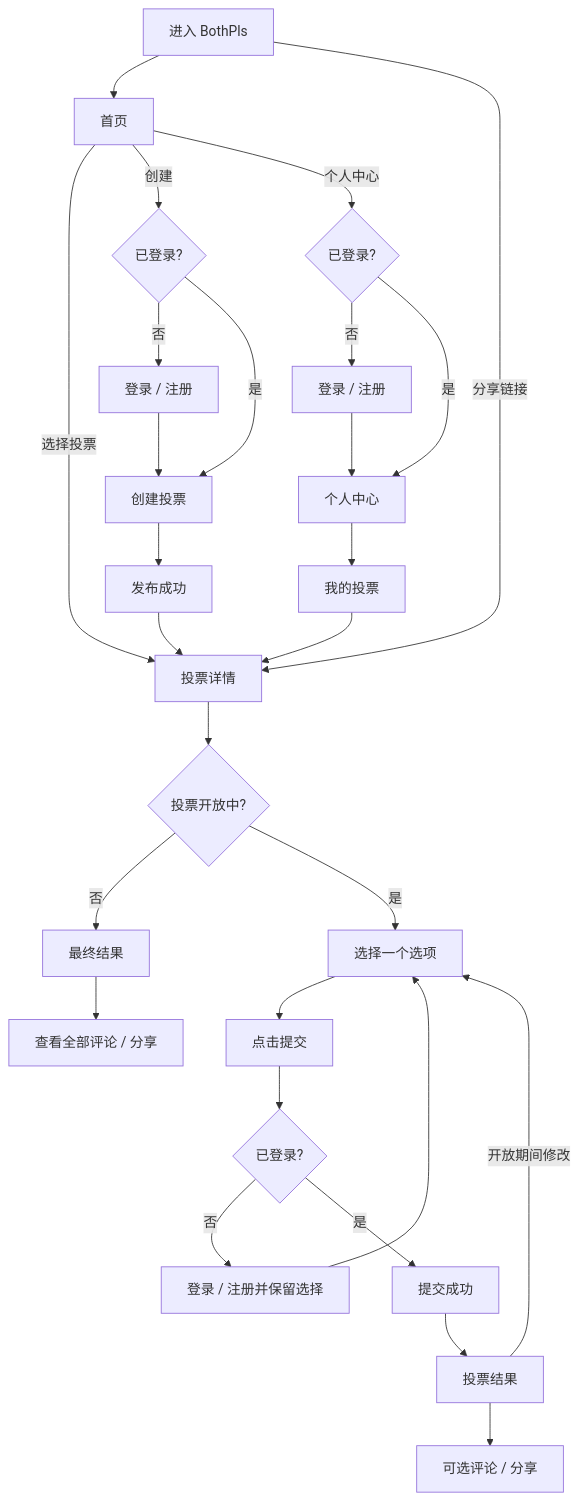
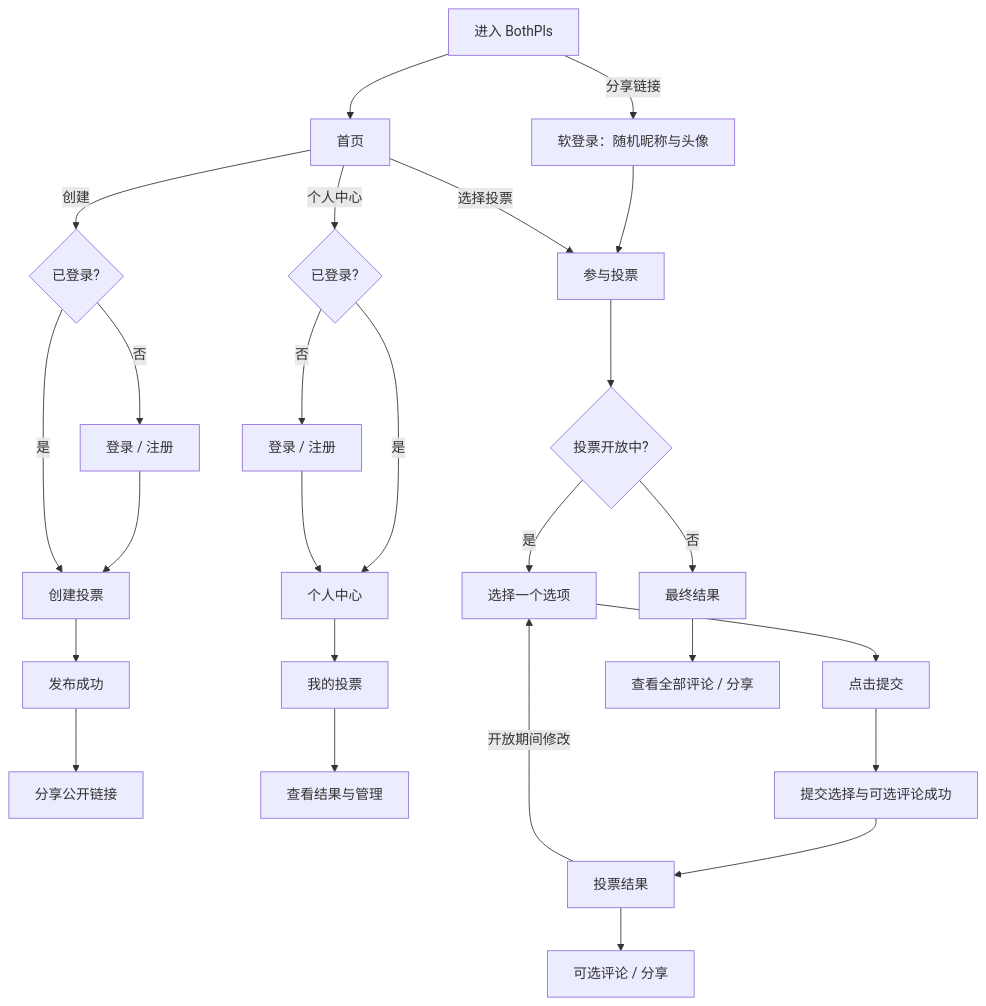
The first of 7 diagrams in docs/UserFlow.md (sd5913/The-Aliien-Repo), drawn with Mermaid before and after one commit. The commit also changed other lines of this file and 2 other files, not shown here.

Commit message:
feat: update User Flow documentation to include soft login process and add English version

````diff
--- a/docs/UserFlow.md
+++ b/docs/UserFlow.md
@@ -3,35 +11,33 @@
 ```mermaid
 flowchart TD
     A[进入 BothPls] --> B[首页]
-    A -->|分享链接| C[投票详情]
+    A -->|分享链接| SL[软登录：随机昵称与头像]
+    SL --> C[参与投票]
 
     B -->|选择投票| C
     B -->|创建| D{已登录?}
     B -->|个人中心| E{已登录?}
 
     D -->|否| F[登录 / 注册]
     F --> G[创建投票]
     D -->|是| G
     G --> H[发布成功]
-    H --> C
+    H --> H1[分享公开链接]
 
     E -->|否| I[登录 / 注册]
     E -->|是| J[个人中心]
     I --> J
     J --> K[我的投票]
-    K --> C
+    K --> K1[查看结果与管理]
 
     C --> L{投票开放中?}
     L -->|否| M[最终结果]
     L -->|是| N[选择一个选项]
     N --> O[点击提交]
-    O --> P{已登录?}
-    P -->|否| Q[登录 / 注册并保留选择]
-    Q --> N
-    P -->|是| R[提交成功]
+    O --> R[提交选择与可选评论成功]
     R --> S[投票结果]
 
     S -->|开放期间修改| N
     S --> T[可选评论 / 分享]
     M --> U[查看全部评论 / 分享]
 ```
````
